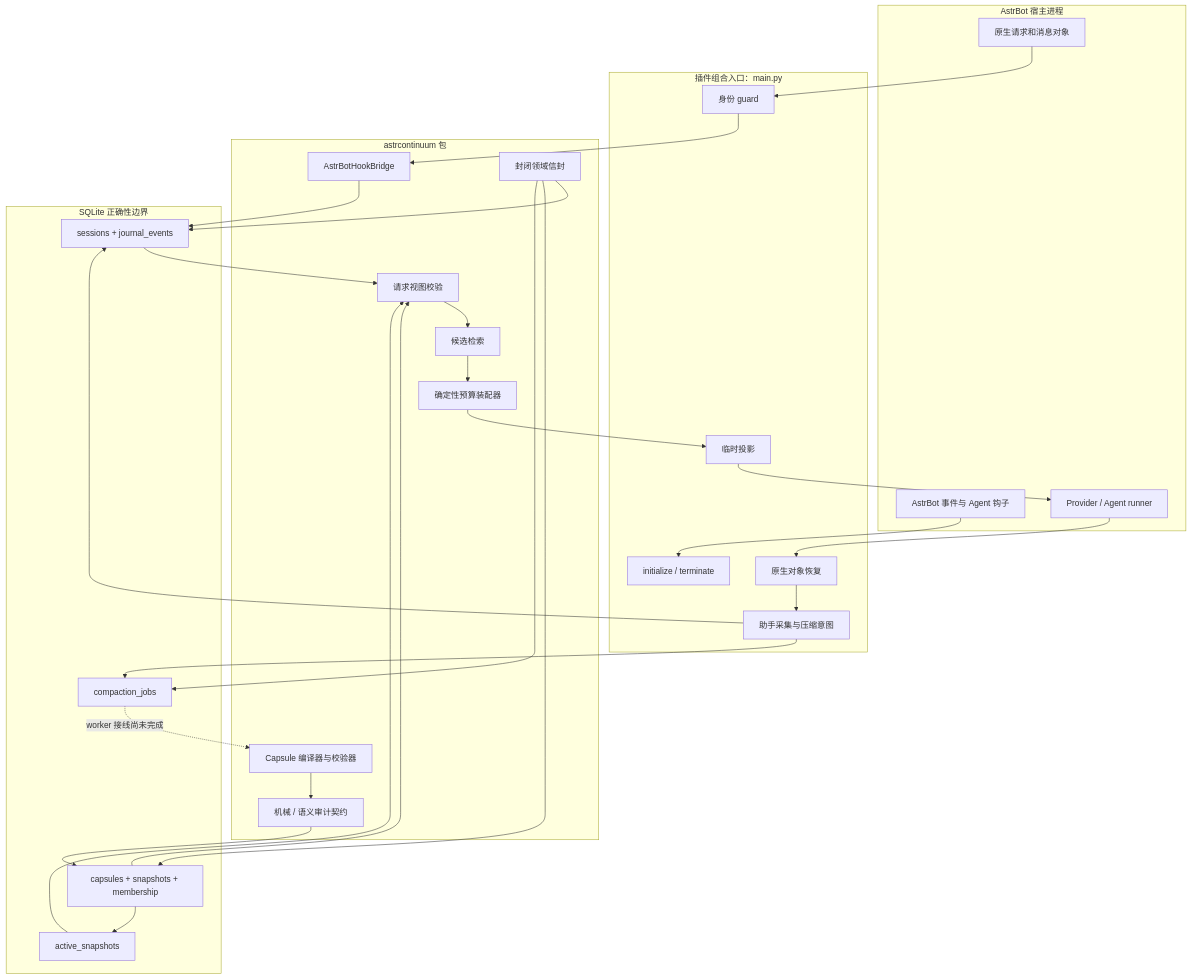
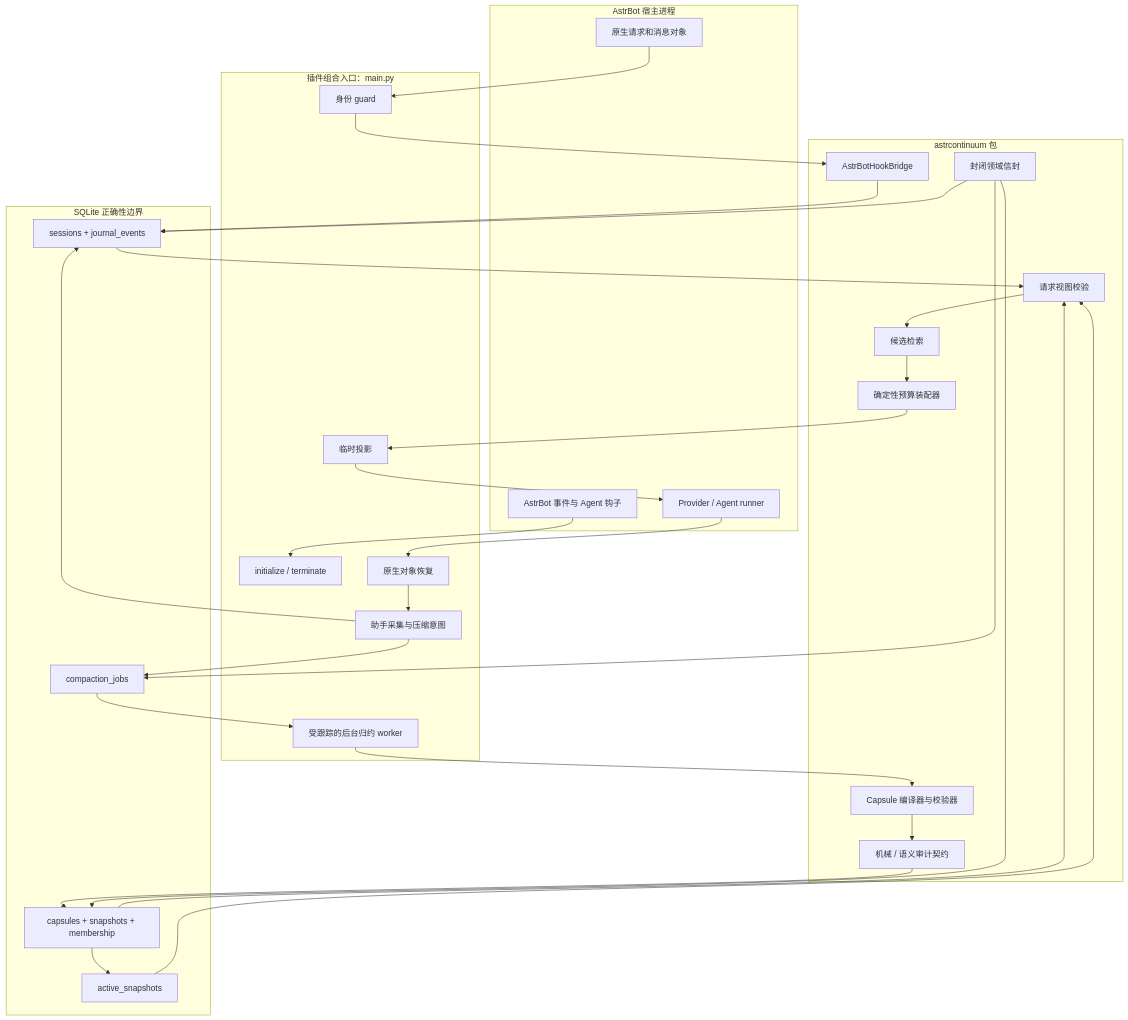
One commit to 2718labs/astrbot_plugin_astrcontinuum changed the first of 2 diagrams in docs/ARCHITECTURE.zh-CN.md. Above: the diagram before and after it, drawn with Mermaid. The commit also changed other lines of this file and 33 other files, not shown here.

````diff
--- a/docs/ARCHITECTURE.zh-CN.md
+++ b/docs/ARCHITECTURE.zh-CN.md
@@ -76,56 +77,58 @@
 ```mermaid
 flowchart TB
     subgraph Host["AstrBot 宿主进程"]
         Hooks["AstrBot 事件与 Agent 钩子"]
         Native["原生请求和消息对象"]
         Provider["Provider / Agent runner"]
     end
 
     subgraph Composition["插件组合入口：main.py"]
         Lifecycle["initialize / terminate"]
         Guard["身份 guard"]
         Project["临时投影"]
         Restore["原生对象恢复"]
         Finalize["助手采集与压缩意图"]
+        Worker["受跟踪的后台归约 worker"]
     end
 
     subgraph Core["astrcontinuum 包"]
         Adapter["AstrBotHookBridge"]
         ReadView["请求视图校验"]
         Retrieval["候选检索"]
         Budget["确定性预算装配器"]
         Domain["封闭领域信封"]
         Compiler["Capsule 编译器与校验器"]
         Auditor["机械 / 语义审计契约"]
     end
 
     subgraph Persistence["SQLite 正确性边界"]
         Journal["sessions + journal_events"]
         Snapshot["capsules + snapshots + membership"]
         Pointer["active_snapshots"]
         Jobs["compaction_jobs"]
     end
 
     Hooks --> Lifecycle
     Native --> Guard
     Guard --> Adapter
     Adapter --> Journal
     Journal --> ReadView
     Snapshot --> ReadView
     Pointer --> ReadView
     ReadView --> Retrieval
     Retrieval --> Budget
     Budget --> Project
     Project --> Provider
     Provider --> Restore
     Restore --> Finalize
     Finalize --> Journal
     Finalize --> Jobs
-    Jobs -. "worker 接线尚未完成" .-> Compiler
+    Jobs --> Worker
+    Worker --> Compiler
     Compiler --> Auditor
     Auditor --> Snapshot
     Snapshot --> Pointer
     Domain --> Journal
     Domain --> Snapshot
     Domain --> Jobs
 ```
````
